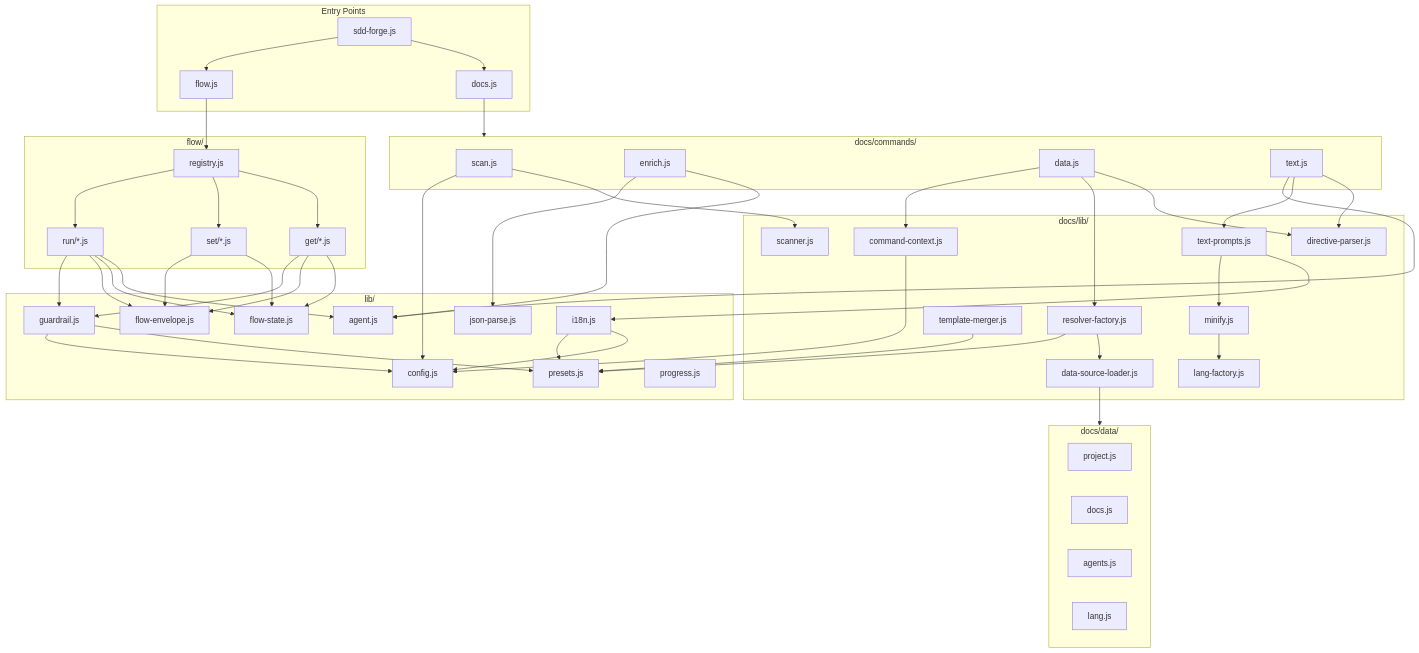
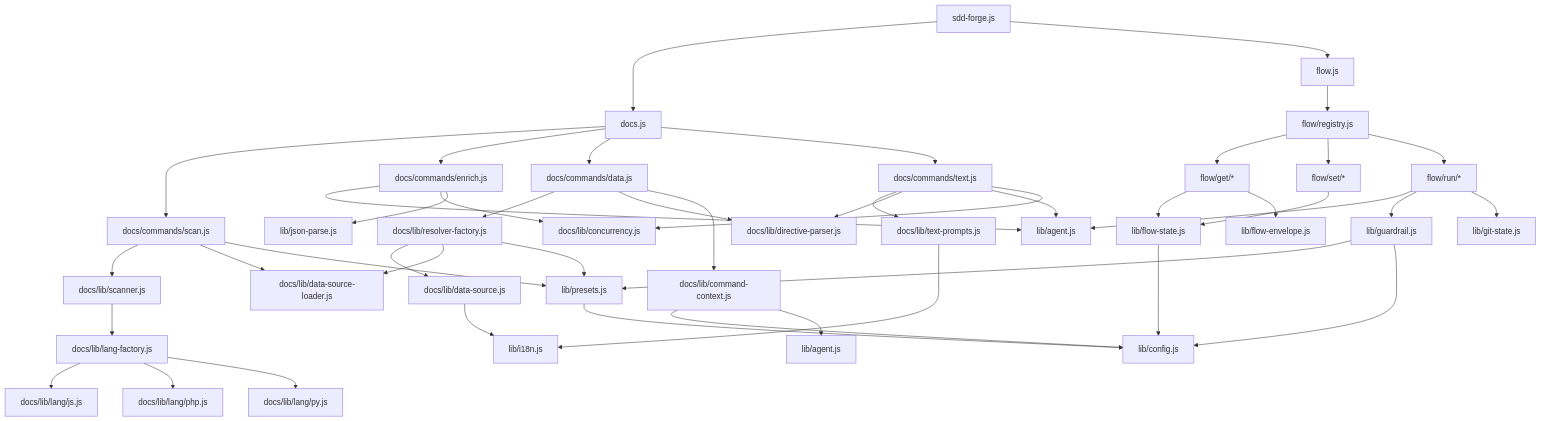
Before and after one commit to SpreadWorks/sdd-forge: the diagram in docs/internal_design.md, drawn with Mermaid. The commit also changed other lines of this file and 7 other files, not shown here.

````diff
--- a/docs/internal_design.md
+++ b/docs/internal_design.md
@@ -133,78 +130,56 @@
 ```mermaid
 graph TD
-    subgraph Entry["Entry Points"]
-        sddforge["sdd-forge.js"]
-        docsDisp["docs.js"]
-        flowDisp["flow.js"]
-    end
+    Entry[sdd-forge.js] --> DocsDispatch[docs.js]
+    Entry --> FlowDispatch[flow.js]
 
-    subgraph DocsCmds["docs/commands/"]
-        scan["scan.js"]
-        enrich["enrich.js"]
-        dataCmD["data.js"]
-        text["text.js"]
-    end
+    DocsDispatch --> Scan[docs/commands/scan.js]
+    DocsDispatch --> Enrich[docs/commands/enrich.js]
+    DocsDispatch --> Data[docs/commands/data.js]
+    DocsDispatch --> Text[docs/commands/text.js]
 
-    subgraph DocsLib["docs/lib/"]
-        dirParser["directive-parser.js"]
-        resolverFac["resolver-factory.js"]
-        tmplMerger["template-merger.js"]
-        scanner["scanner.js"]
-        textPrompts["text-prompts.js"]
-        minify["minify.js"]
-        langFactory["lang-factory.js"]
-        dsLoader["data-source-loader.js"]
-        cmdCtx["command-context.js"]
-    end
+    Scan --> Scanner[docs/lib/scanner.js]
+    Scan --> DataSourceLoader[docs/lib/data-source-loader.js]
+    Scan --> Presets[lib/presets.js]
+    Scanner --> LangFactory[docs/lib/lang-factory.js]
+    LangFactory --> LangJS[docs/lib/lang/js.js]
+    LangFactory --> LangPHP[docs/lib/lang/php.js]
+    LangFactory --> LangPY[docs/lib/lang/py.js]
 
-    subgraph DataSrc["docs/data/"]
-        dsProject["project.js"]
-        dsDocs["docs.js"]
-        dsAgents["agents.js"]
-        dsLang["lang.js"]
-    end
+    Enrich --> Agent[lib/agent.js]
+    Enrich --> Concurrency[docs/lib/concurrency.js]
+    Enrich --> JsonParse[lib/json-parse.js]
 
-    subgraph FlowCmds["flow/"]
-        registry["registry.js"]
-        flowGet["get/*.js"]
-        flowSet["set/*.js"]
-        flowRun["run/*.js"]
-    end
+    Data --> ResolverFactory[docs/lib/resolver-factory.js]
+    Data --> DirectiveParser[docs/lib/directive-parser.js]
+    Data --> CommandContext[docs/lib/command-context.js]
+    ResolverFactory --> DataSourceBase[docs/lib/data-source.js]
+    ResolverFactory --> DataSourceLoader
+    ResolverFactory --> Presets
 
-    subgraph SharedLib["lib/"]
-        agent["agent.js"]
-        flowState["flow-state.js"]
-        flowEnv["flow-envelope.js"]
-        guardrail["guardrail.js"]
-        i18n["i18n.js"]
-        config["config.js"]
-        presets["presets.js"]
-        jsonParse["json-parse.js"]
-        progress["progress.js"]
-    end
+    Text --> TextPrompts[docs/lib/text-prompts.js]
+    Text --> DirectiveParser
+    Text --> Agent
+    Text --> Concurrency
+    TextPrompts --> I18n[lib/i18n.js]
 
-    sddforge --> docsDisp
-    sddforge --> flowDisp
-    docsDisp --> DocsCmds
-    flowDisp --> registry
-    registry --> flowGet & flowSet & flowRun
+    CommandContext --> Config[lib/config.js]
+    CommandContext --> AgentLib[lib/agent.js]
 
-    scan --> scanner & config
-    enrich --> agent & jsonParse
-    dataCmD --> dirParser & resolverFac & cmdCtx
-    text --> dirParser & textPrompts & agent
+    FlowDispatch --> Registry[flow/registry.js]
+    Registry --> FlowGet[flow/get/*]
+    Registry --> FlowSet[flow/set/*]
+    Registry --> FlowRun[flow/run/*]
 
-    resolverFac --> dsLoader & presets
-    dsLoader --> DataSrc
-    tmplMerger --> presets
-    textPrompts --> i18n & minify
-    minify --> langFactory
-    cmdCtx --> config
+    FlowGet --> FlowState[lib/flow-state.js]
+    FlowGet --> FlowEnvelope[lib/flow-envelope.js]
+    FlowSet --> FlowState
+    FlowRun --> Agent
+    FlowRun --> Guardrail[lib/guardrail.js]
+    FlowRun --> GitState[lib/git-state.js]
+    FlowState --> Config
+    Guardrail --> Presets
+    Guardrail --> Config
 
-    flowGet --> flowState & flowEnv & guardrail
-    flowSet --> flowState & flowEnv
-    flowRun --> agent & flowState & flowEnv & guardrail
-
-    guardrail --> presets & config
-    i18n --> config & presets
+    DataSourceBase --> I18n
+    Presets --> Config
 ```
````
